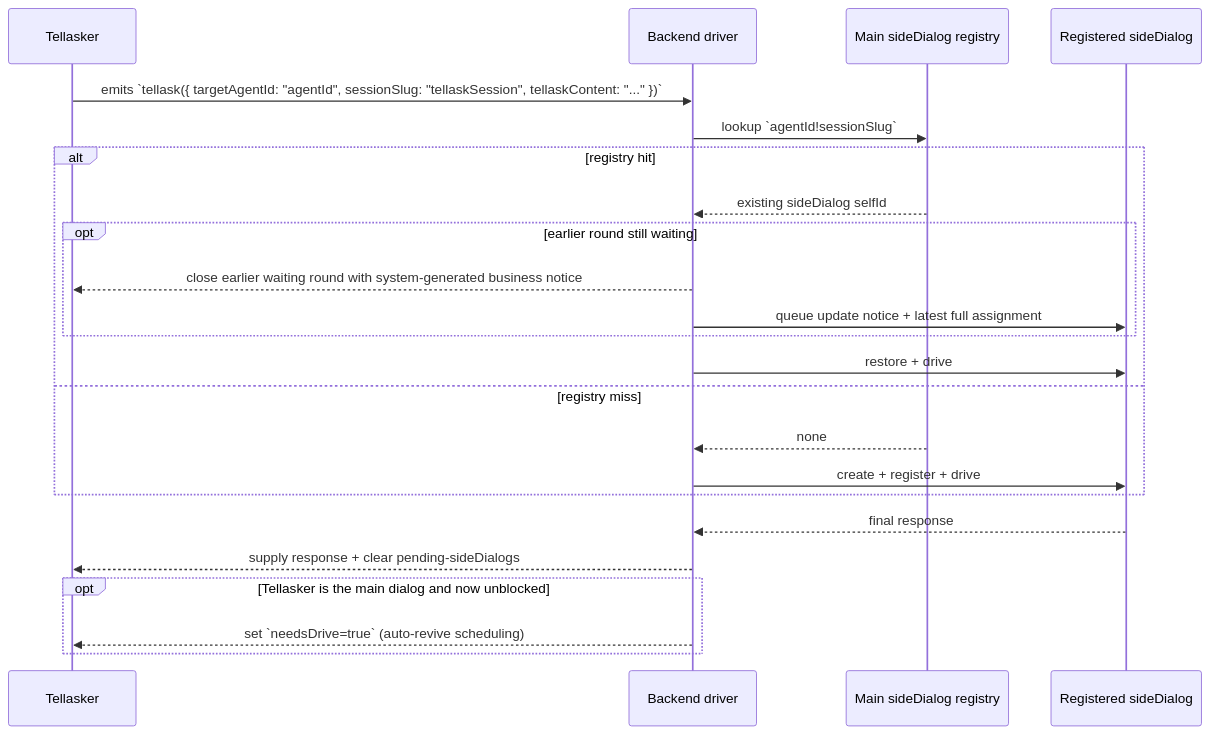
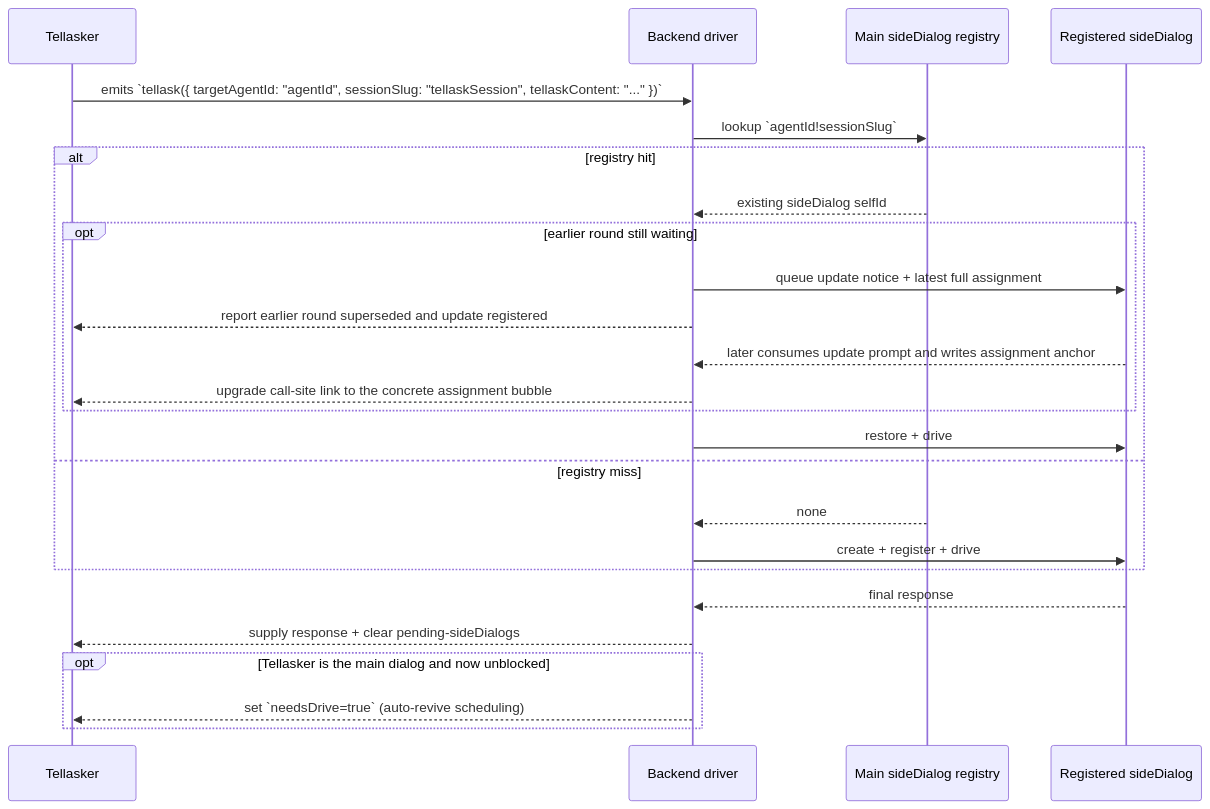
One commit to longrun-ai/dominds changed diagram 12 of 18 in docs/dialog-system.md. Above: the diagram before and after it, drawn with Mermaid. The commit also changed other lines of this file and 7 other files, not shown here.

````diff
--- a/docs/dialog-system.md
+++ b/docs/dialog-system.md
@@ -1282,26 +1284,28 @@
 ```mermaid
 sequenceDiagram
   participant Tellasker as Tellasker
   participant Driver as Backend driver
   participant Reg as Main sideDialog registry
   participant Side as Registered sideDialog
 
   Tellasker->>Driver: emits `tellask({ targetAgentId: "agentId", sessionSlug: "tellaskSession", tellaskContent: "..." })`
   Driver->>Reg: lookup `agentId!sessionSlug`
   alt registry hit
     Reg-->>Driver: existing sideDialog selfId
     opt earlier round still waiting
-      Driver-->>Tellasker: close earlier waiting round with system-generated business notice
       Driver->>Side: queue update notice + latest full assignment
+      Driver-->>Tellasker: report earlier round superseded and update registered
+      Side-->>Driver: later consumes update prompt and writes assignment anchor
+      Driver-->>Tellasker: upgrade call-site link to the concrete assignment bubble
     end
     Driver->>Side: restore + drive
   else registry miss
     Reg-->>Driver: none
     Driver->>Side: create + register + drive
   end
   Side-->>Driver: final response
   Driver-->>Tellasker: supply response + clear pending-sideDialogs
   opt Tellasker is the main dialog and now unblocked
     Driver-->>Tellasker: set `needsDrive=true` (auto-revive scheduling)
   end
 ```
````
